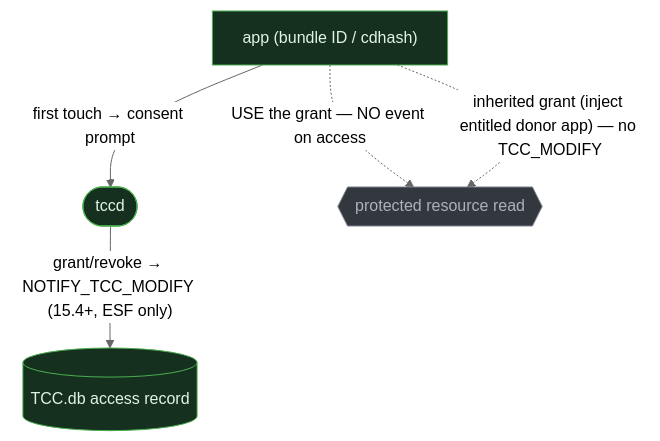
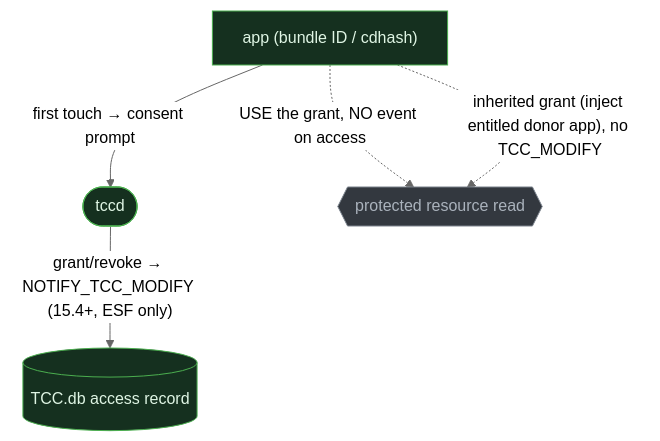
One commit to iimp0ster/os-internals-de-guide changed the second of 3 diagrams in src/privilege-escalation/03-tcc-helpers.md. Above: the diagram before and after it, drawn with Mermaid (neutral theme). The commit also changed other lines of this file and 53 other files, not shown here.

````diff
--- a/src/privilege-escalation/03-tcc-helpers.md
+++ b/src/privilege-escalation/03-tcc-helpers.md
@@ -71,9 +64,9 @@
 ```mermaid
 flowchart TB
     A["app (bundle ID / cdhash)"]:::seen -->|"first touch → consent prompt"| T(["tccd"]):::seen
     T -->|"grant/revoke → NOTIFY_TCC_MODIFY (15.4+, ESF only)"| G[("TCC.db access record")]:::seen
-    A -.->|"USE the grant — NO event on access"| U{{"protected resource read"}}:::blind
-    A -.->|"inherited grant (inject entitled donor app) — no TCC_MODIFY"| U
+    A -.->|"USE the grant, NO event on access"| U{{"protected resource read"}}:::blind
+    A -.->|"inherited grant (inject entitled donor app), no TCC_MODIFY"| U
     classDef seen fill:#15301f,stroke:#4caf50,color:#dff5e4;
     classDef blind fill:#33383f,stroke:#7a828c,color:#aab2bc;
 ```
````
